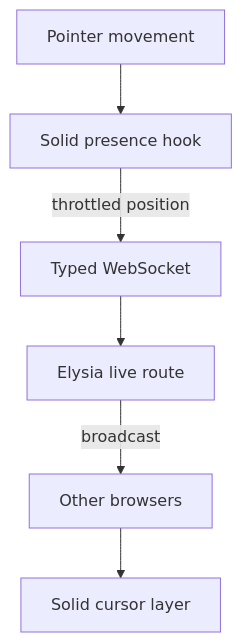
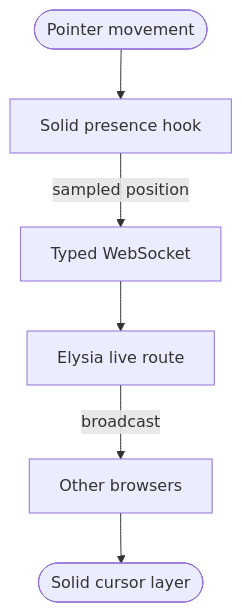
One commit to ErickCReis/ErickCReis changed the first of 2 diagrams in web/content/blog/realtime-cursor-presence-with-tiny-pieces.mdx. Above: the diagram before and after it, drawn with Mermaid. The commit also changed other lines of this file and 23 other files, not shown here.

Commit message:
Polish Mermaid diagrams across blog posts

````diff
--- a/web/content/blog/realtime-cursor-presence-with-tiny-pieces.mdx
+++ b/web/content/blog/realtime-cursor-presence-with-tiny-pieces.mdx
@@ -14,8 +14,8 @@
 ```mermaid center
 flowchart TB
-  Pointer["Pointer movement"] --> Hook["Solid presence hook"]
-  Hook -->|"throttled position"| Socket["Typed WebSocket"]
+  Pointer(["Pointer movement"]) --> Hook["Solid presence hook"]
+  Hook -->|"sampled position"| Socket["Typed WebSocket"]
   Socket --> Server["Elysia live route"]
   Server -->|"broadcast"| Peers["Other browsers"]
-  Peers --> Layer["Solid cursor layer"]
+  Peers --> Layer(["Solid cursor layer"])
 ```
````
